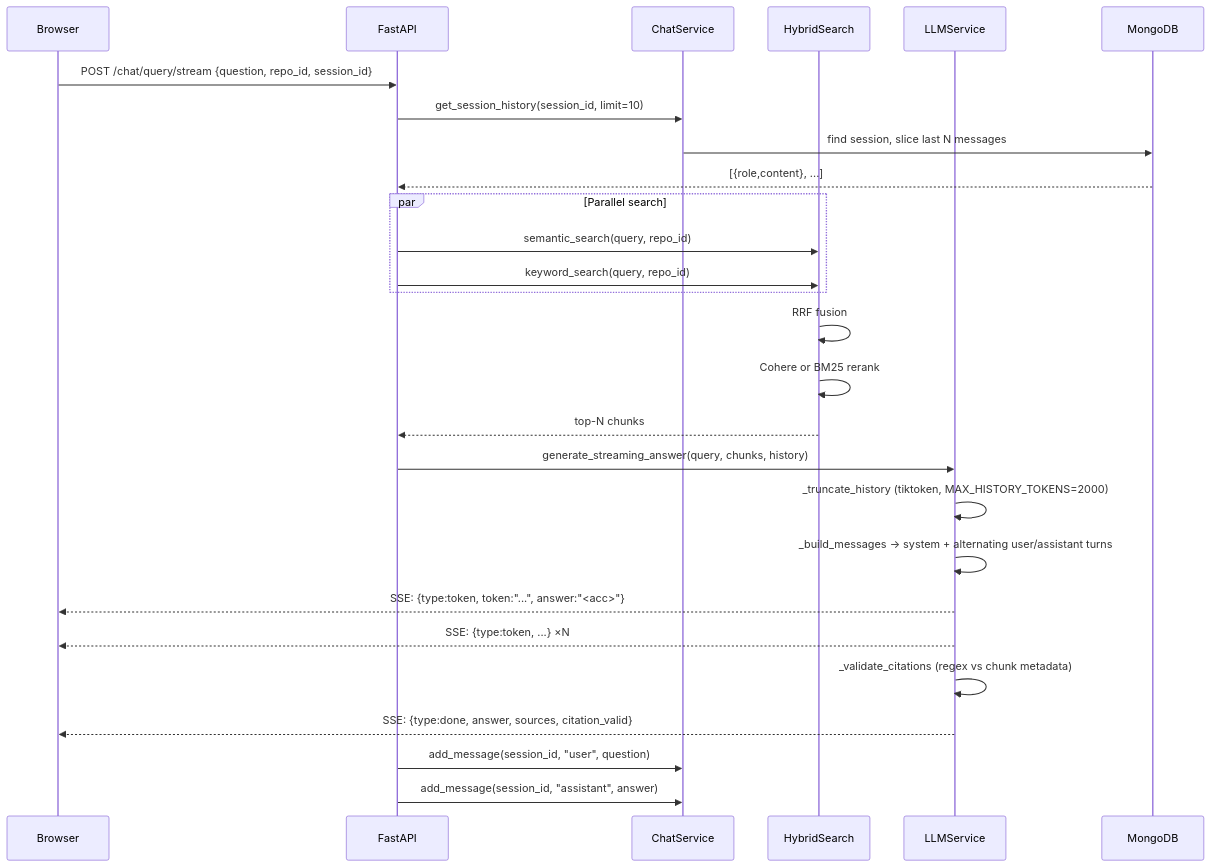
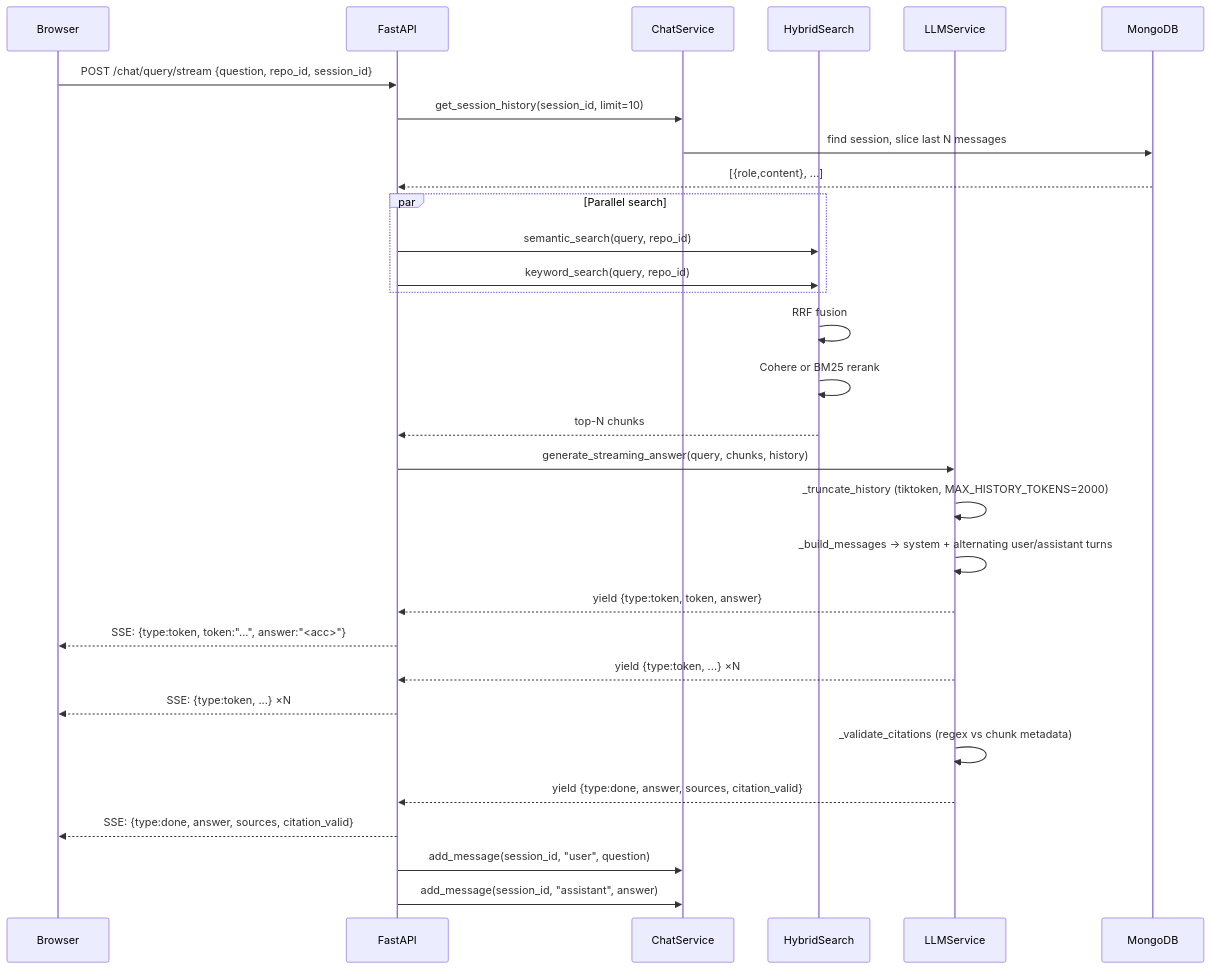
Before and after one commit to shivam-tamboli/AI-CodeBase-Assistant: the fourth of 7 diagrams in ARCHITECTURE.md, drawn with Mermaid. The commit also changed other lines of this file, not shown here.

First line of the commit message:
docs: fix SSE data-flow direction and stale auth details in ARCHITECTURE.md

````diff
--- a/ARCHITECTURE.md
+++ b/ARCHITECTURE.md
@@ -164,33 +166,36 @@
 ```mermaid
 sequenceDiagram
     participant Browser
     participant FastAPI
     participant ChatService
     participant HybridSearch
     participant LLMService
     participant MongoDB
 
     Browser->>FastAPI: POST /chat/query/stream {question, repo_id, session_id}
     FastAPI->>ChatService: get_session_history(session_id, limit=10)
     ChatService->>MongoDB: find session, slice last N messages
     MongoDB-->>FastAPI: [{role,content}, ...]
 
     par Parallel search
         FastAPI->>HybridSearch: semantic_search(query, repo_id)
         FastAPI->>HybridSearch: keyword_search(query, repo_id)
     end
     HybridSearch->>HybridSearch: RRF fusion
     HybridSearch->>HybridSearch: Cohere or BM25 rerank
     HybridSearch-->>FastAPI: top-N chunks
 
     FastAPI->>LLMService: generate_streaming_answer(query, chunks, history)
     LLMService->>LLMService: _truncate_history (tiktoken, MAX_HISTORY_TOKENS=2000)
     LLMService->>LLMService: _build_messages → system + alternating user/assistant turns
-    LLMService-->>Browser: SSE: {type:token, token:"...", answer:"<acc>"}
-    LLMService-->>Browser: SSE: {type:token, ...} ×N
+    LLMService-->>FastAPI: yield {type:token, token, answer}
+    FastAPI-->>Browser: SSE: {type:token, token:"...", answer:"<acc>"}
+    LLMService-->>FastAPI: yield {type:token, ...} ×N
+    FastAPI-->>Browser: SSE: {type:token, ...} ×N
     LLMService->>LLMService: _validate_citations (regex vs chunk metadata)
-    LLMService-->>Browser: SSE: {type:done, answer, sources, citation_valid}
+    LLMService-->>FastAPI: yield {type:done, answer, sources, citation_valid}
+    FastAPI-->>Browser: SSE: {type:done, answer, sources, citation_valid}
 
     FastAPI->>ChatService: add_message(session_id, "user", question)
     FastAPI->>ChatService: add_message(session_id, "assistant", answer)
 ```
````
